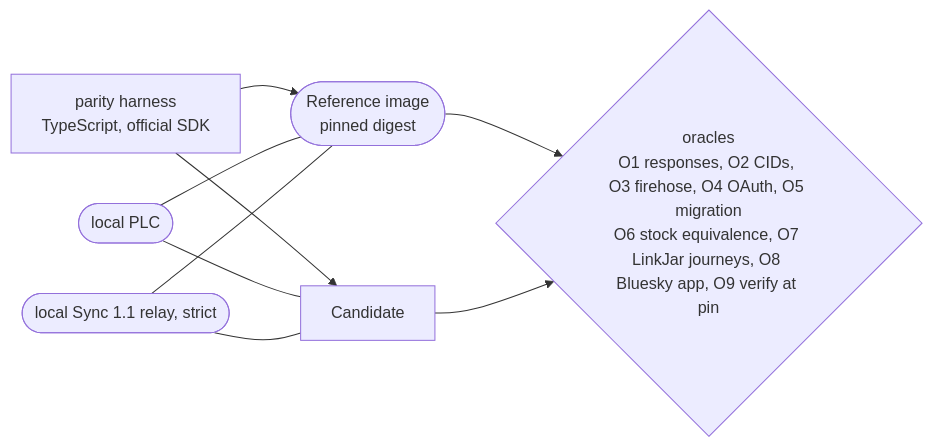
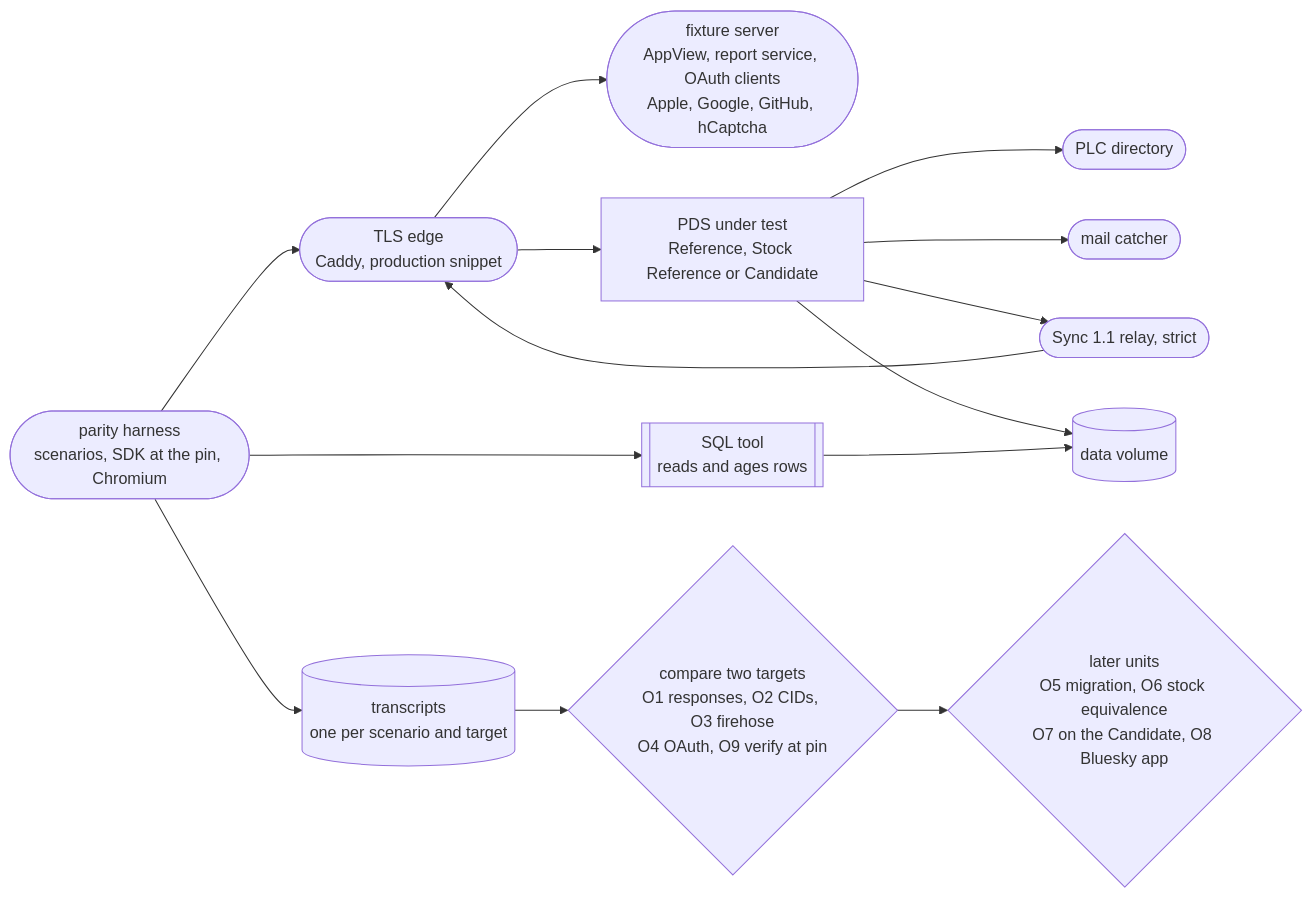
Before and after one commit to linkjar/pds: the diagram in docs/architecture/diagrams/14-parity.mmd, drawn with Mermaid. The commit also changed 29 other files, not shown here.

First line of the commit message:
Unit 1: SPEC revision 2, verify-at-pin results, harness documentation, parity workflow, performance scenarios

```diff
--- a/docs/architecture/diagrams/14-parity.mmd
+++ b/docs/architecture/diagrams/14-parity.mmd
@@ -1,7 +1,26 @@
 flowchart LR
-  runner[parity harness<br/>TypeScript, official SDK]
-  runner --> ref([Reference image<br/>pinned digest])
-  runner --> cand[Candidate]
-  plc([local PLC]) --- ref & cand
-  relay([local Sync 1.1 relay, strict]) --- ref & cand
-  ref & cand --> o{oracles<br/>O1 responses, O2 CIDs, O3 firehose, O4 OAuth, O5 migration<br/>O6 stock equivalence, O7 LinkJar journeys, O8 Bluesky app, O9 verify at pin}
+  runner([parity harness<br/>scenarios, SDK at the pin, Chromium])
+  fixtures([fixture server<br/>AppView, report service, OAuth clients<br/>Apple, Google, GitHub, hCaptcha])
+  edge([TLS edge<br/>Caddy, production snippet])
+  pds[PDS under test<br/>Reference, Stock Reference or Candidate]
+  plc([PLC directory])
+  relay([Sync 1.1 relay, strict])
+  mail([mail catcher])
+  data[(data volume)]
+  sql[[SQL tool<br/>reads and ages rows]]
+  transcripts[(transcripts<br/>one per scenario and target)]
+  compare{compare two targets<br/>O1 responses, O2 CIDs, O3 firehose<br/>O4 OAuth, O9 verify at pin}
+  later{later units<br/>O5 migration, O6 stock equivalence<br/>O7 on the Candidate, O8 Bluesky app}
+  runner --> edge
+  edge --> pds
+  edge --> fixtures
+  pds --> plc
+  pds --> mail
+  pds --> relay
+  relay --> edge
+  pds --> data
+  sql --> data
+  runner --> sql
+  runner --> transcripts
+  transcripts --> compare
+  compare --> later
```
